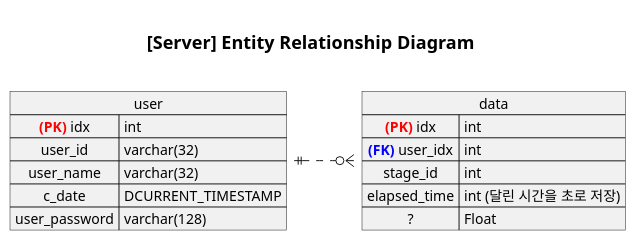
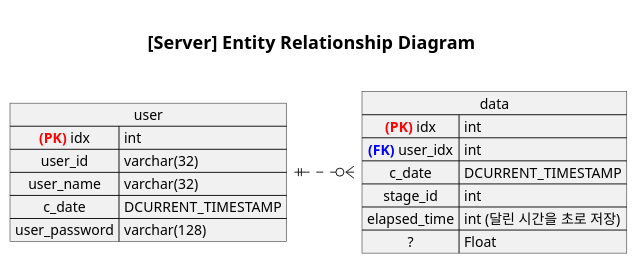
One commit to GC211MP/API changed the diagram in documents/erd.puml. Above: the diagram before and after it, drawn with PlantUML. The commit also changed 3 other files, not shown here.

```diff
--- a/documents/erd.puml
+++ b/documents/erd.puml
@@ -1,34 +1,35 @@
 @startuml er-diagram
 
 ' https://raw.githubusercontent.com/GC211MP/API/main/documents/erd.puml
 
 left to right direction
 
 title
 
 =[Server] Entity Relationship Diagram
 
 end title
 
 map user {
     <color:red>**(PK)**</color> idx => int
     user_id => varchar(32)
     user_name => varchar(32)
     c_date => DCURRENT_TIMESTAMP
     user_password => varchar(128)
 }
 
 map data {
     <color:red>**(PK)**</color> idx => int
     <color:blue>**(FK)**</color> user_idx => int
+    c_date => DCURRENT_TIMESTAMP
     stage_id => int
     elapsed_time => int (달린 시간을 초로 저장)
     ? => Float
 }
 
 ' select * from (select id, name from user) as tmp1
 '   join data as data on tmp1.id == data.id;
 
 user ||..o{ data
 
 @enduml
```
